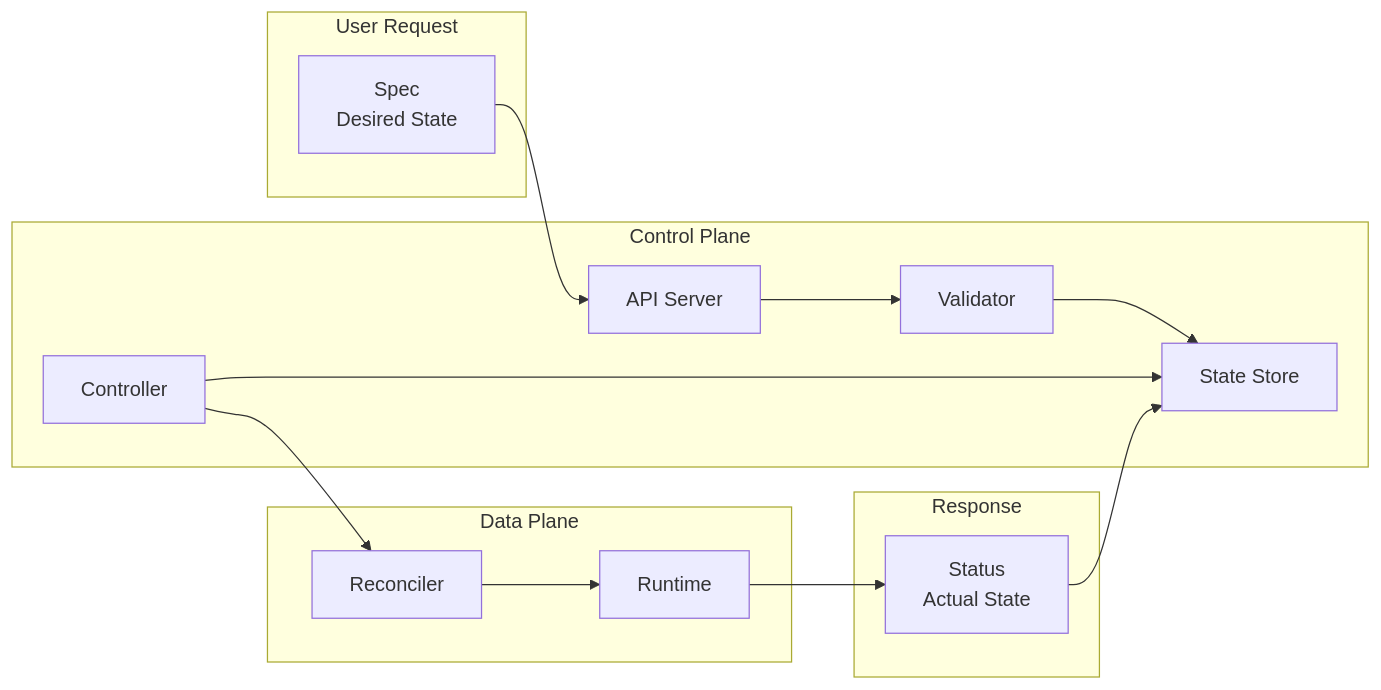
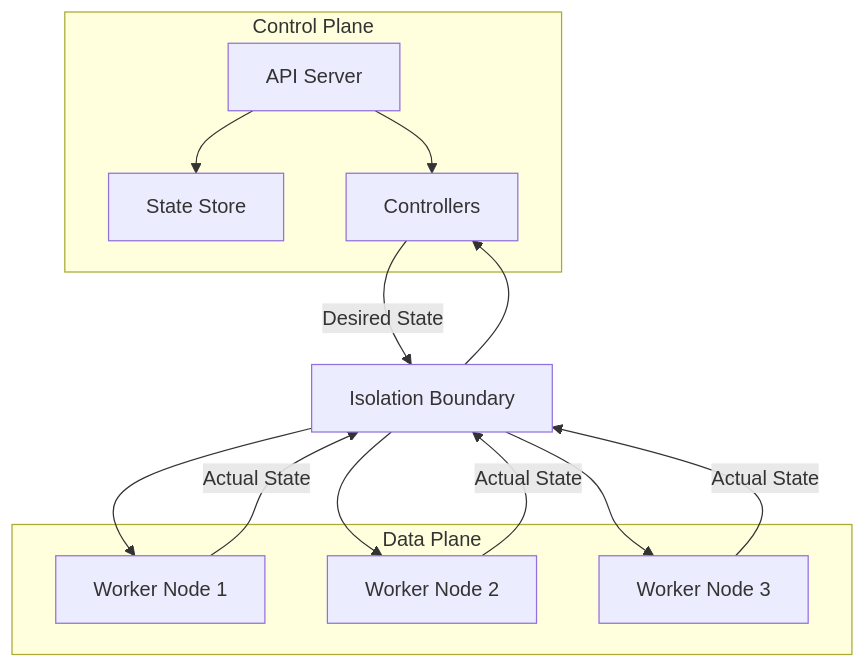
Before and after one commit to webstackdev/astro.webstackbuilders.com: the diagram in src/content/articles/platform-architecture-control-plane-data-plane-separation/index.mdx, drawn with Mermaid. The commit also changed other lines of this file and 5 other files, not shown here.

````diff
--- a/src/content/articles/platform-architecture-control-plane-data-plane-separation/index.mdx
+++ b/src/content/articles/platform-architecture-control-plane-data-plane-separation/index.mdx
@@ -438,31 +42,25 @@
 ```mermaid
-graph LR
-    subgraph "User Request"
-        A[Spec<br/>Desired State]
+graph TB
+    subgraph CP[Control Plane]
+        A[API Server] --> B[State Store]
+        A --> C[Controllers]
     end
 
-    subgraph "Control Plane"
-        B[API Server]
-        C[Validator]
-        D[Controller]
-        E[State Store]
+    D[Isolation Boundary]
+
+    subgraph DP[Data Plane]
+        F[Worker Node 1]
+        G[Worker Node 2]
+        H[Worker Node 3]
     end
 
-    subgraph "Data Plane"
-        F[Reconciler]
-        G[Runtime]
-    end
+    C -->|"Desired State"| D
+    D --> F
+    D --> G
+    D --> H
 
-    subgraph "Response"
-        H[Status<br/>Actual State]
-    end
-
-    A --> B
-    B --> C
-    C --> E
-    D --> E
-    D --> F
-    F --> G
-    G --> H
-    H --> E
+    F -->|"Actual State"| D
+    G -->|"Actual State"| D
+    H -->|"Actual State"| D
+    D --> C
 ```
````
